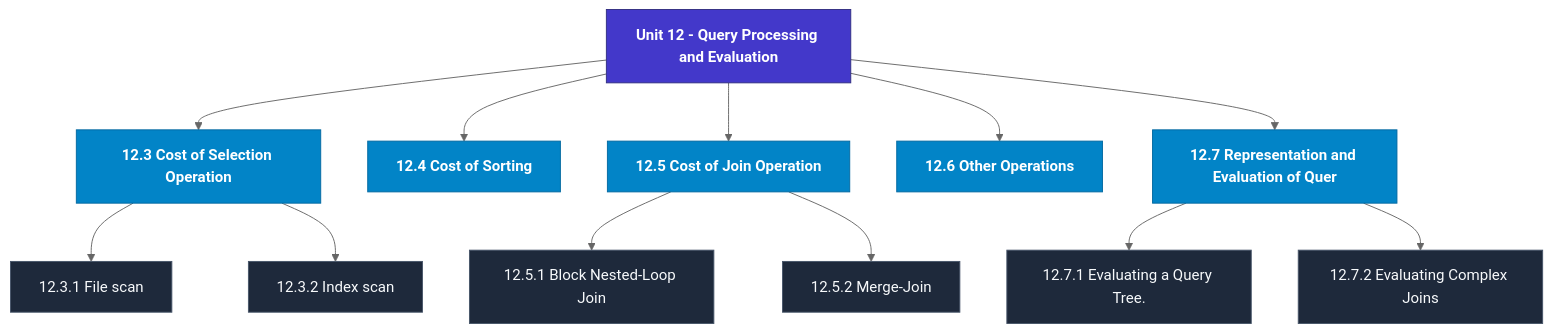
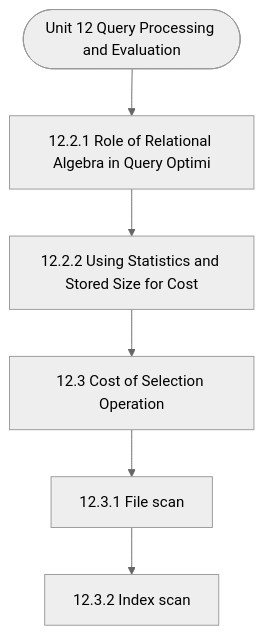
Before and after one commit to Asutosh-Coaching/mscdsa: the diagram in notes/Semester_1/MCS-207_Database_Management_Systems/unit_12_Query_Processing_and_Evaluation.md, drawn with Mermaid (neutral theme). The commit also changed other lines of this file and 115 other files, not shown here.

Commit message:
Fix Mermaid layout for mobile, isolate LaTeX delimiters, and add GitHub Pages reader

````diff
--- a/notes/Semester_1/MCS-207_Database_Management_Systems/unit_12_Query_Processing_and_Evaluation.md
+++ b/notes/Semester_1/MCS-207_Database_Management_Systems/unit_12_Query_Processing_and_Evaluation.md
@@ -19,31 +19,14 @@
 ```mermaid
 flowchart TD
-  %% Styling Definitions
-  classDef head fill:#4338ca,stroke:#312e81,color:#ffffff,font-weight:bold;
-  classDef topic fill:#0284c7,stroke:#0369a1,color:#ffffff,font-weight:600;
-  classDef sub fill:#1e293b,stroke:#475569,color:#f8fafc;
-
-  Root["Unit 12 - Query Processing and Evaluation"]:::head
-  M1["12.3 Cost of Selection Operation"]:::topic
-  Root --> M1
-  M1_1["12.3.1 File scan"]:::sub
-  M1 --> M1_1
-  M1_2["12.3.2 Index scan"]:::sub
-  M1 --> M1_2
-  M2["12.4 Cost of Sorting"]:::topic
-  Root --> M2
-  M3["12.5 Cost of Join Operation"]:::topic
-  Root --> M3
-  M3_1["12.5.1 Block Nested-Loop Join"]:::sub
-  M3 --> M3_1
-  M3_2["12.5.2 Merge-Join"]:::sub
-  M3 --> M3_2
-  M4["12.6 Other Operations"]:::topic
-  Root --> M4
-  M5["12.7 Representation and Evaluation of Quer"]:::topic
-  Root --> M5
-  M5_1["12.7.1 Evaluating a Query Tree."]:::sub
-  M5 --> M5_1
-  M5_2["12.7.2 Evaluating Complex Joins"]:::sub
-  M5 --> M5_2
+  Start(["Unit 12 Query Processing and Evaluation"])
+  N1["12.2.1 Role of Relational Algebra in Query Optimi"]
+  N2["12.2.2 Using Statistics and Stored Size for Cost "]
+  N3["12.3 Cost of Selection Operation"]
+  N4["12.3.1 File scan"]
+  N5["12.3.2 Index scan"]
+  Start --> N1
+  N1 --> N2
+  N2 --> N3
+  N3 --> N4
+  N4 --> N5
 ```
````
